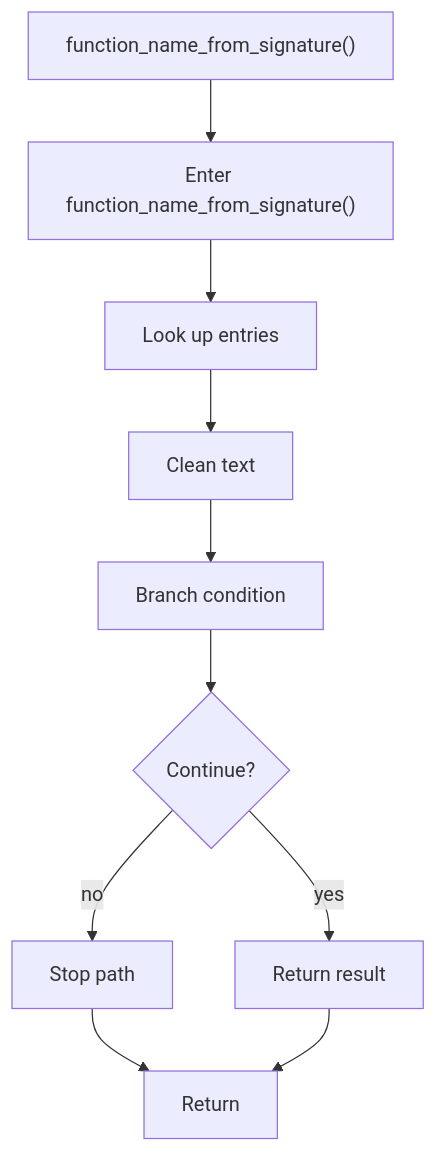
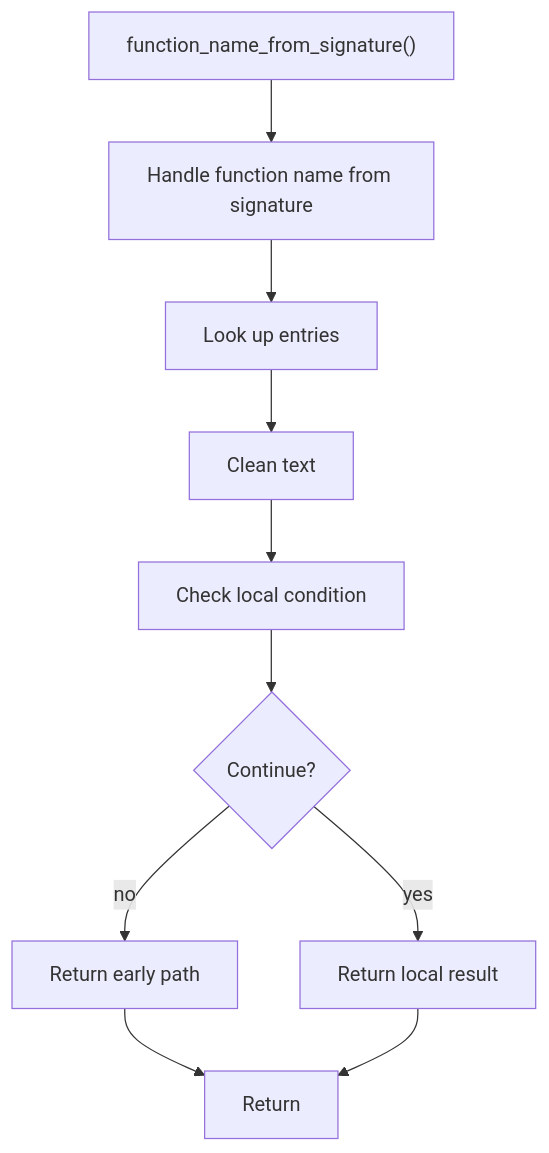
One commit to JohnAndrewBalbarosa/NeoTerritory changed the diagram in docs/Codebase/Microservice/Modules/Source/Analysis/ImplementationUse/Resolution/Symbols/Resolve/Flow/functions/function_name_from_signature.cpp.md. Above: the diagram before and after it, drawn with Mermaid. The commit also changed other lines of this file and 925 other files, not shown here.

````diff
--- a/docs/Codebase/Microservice/Modules/Source/Analysis/ImplementationUse/Resolution/Symbols/Resolve/Flow/functions/function_name_from_signature.cpp.md
+++ b/docs/Codebase/Microservice/Modules/Source/Analysis/ImplementationUse/Resolution/Symbols/Resolve/Flow/functions/function_name_from_signature.cpp.md
@@ -19,21 +19,21 @@
 ```mermaid
 flowchart TD
     Start["function_name_from_signature()"]
-    N0["Enter function_name_from_signature()"]
+    N0["Handle function name from signature"]
     N1["Look up entries"]
     N2["Clean text"]
-    N3["Branch condition"]
+    N3["Check local condition"]
     D3{"Continue?"}
-    R3["Stop path"]
-    N4["Return result"]
+    R3["Return early path"]
+    N4["Return local result"]
     End["Return"]
     Start --> N0
     N0 --> N1
     N1 --> N2
     N2 --> N3
     N3 --> D3
     D3 -->|yes| N4
     D3 -->|no| R3
     R3 --> End
     N4 --> End
 ```
````
